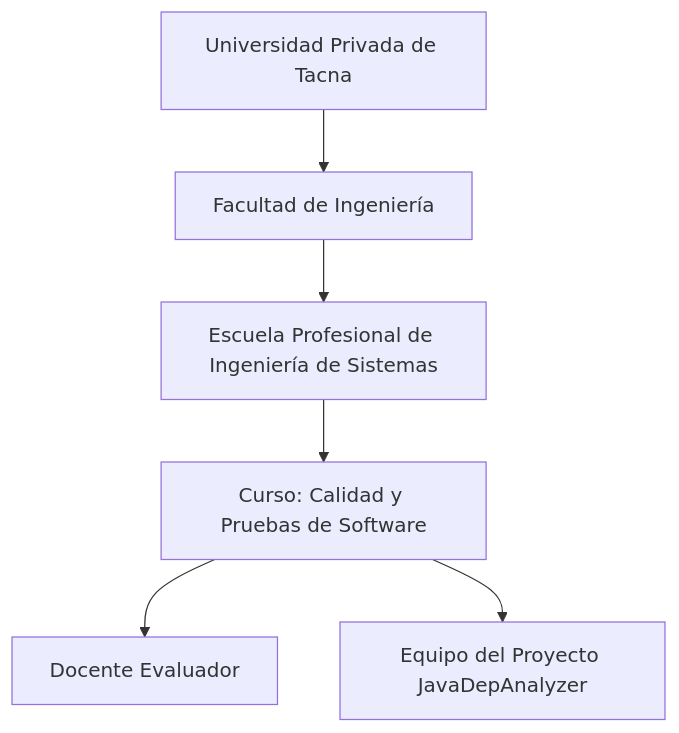
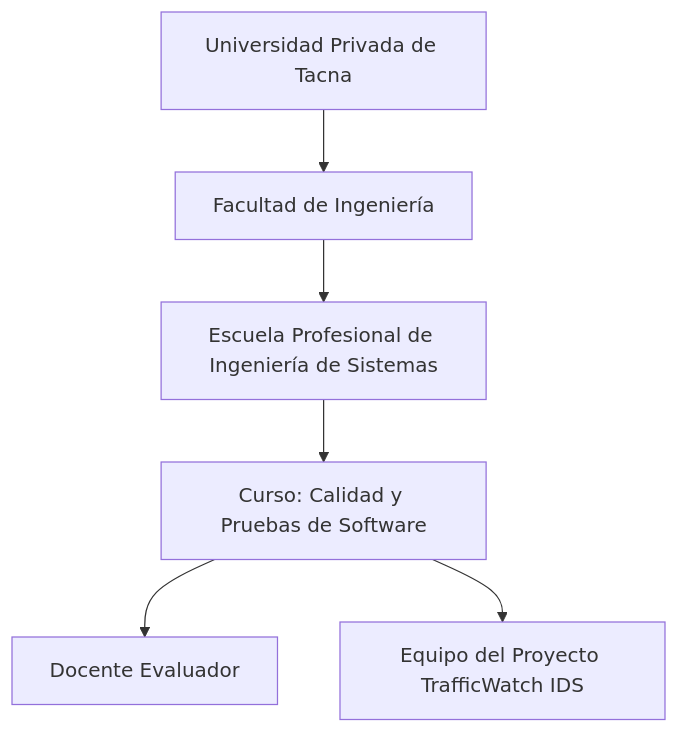
The first of 8 diagrams in docs/FD03-Informe-Especificación Requerimientos.md (diegochara2019065026/proyecto-si784-2026-i-u1-ids), drawn with Mermaid before and after one commit. The commit also changed other lines of this file, not shown here.

First line of the commit message:
Revise document for TrafficWatch IDS specifications

````diff
--- a/docs/FD03-Informe-Especificación Requerimientos.md
+++ b/docs/FD03-Informe-Especificación Requerimientos.md
@@ -112,8 +107,8 @@
 ```mermaid
 flowchart TD
     UPT[Universidad Privada de Tacna] --> FI[Facultad de Ingeniería]
     FI --> EPIS[Escuela Profesional de Ingeniería de Sistemas]
     EPIS --> CURSO[Curso: Calidad y Pruebas de Software]
     CURSO --> DOC[Docente Evaluador]
-    CURSO --> EQ[Equipo del Proyecto JavaDepAnalyzer]
+    CURSO --> EQ[Equipo del Proyecto TrafficWatch IDS]
 ```
````
